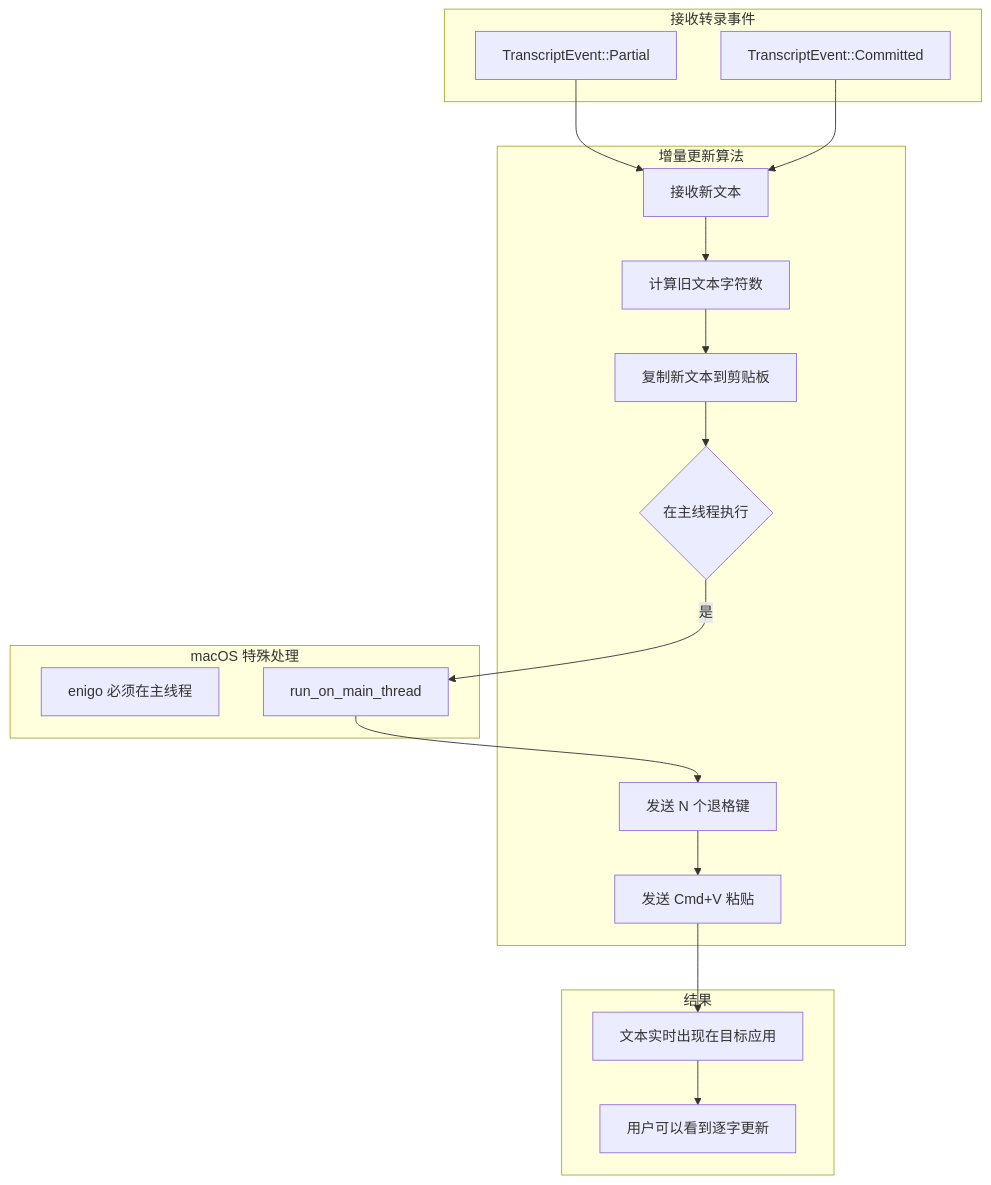
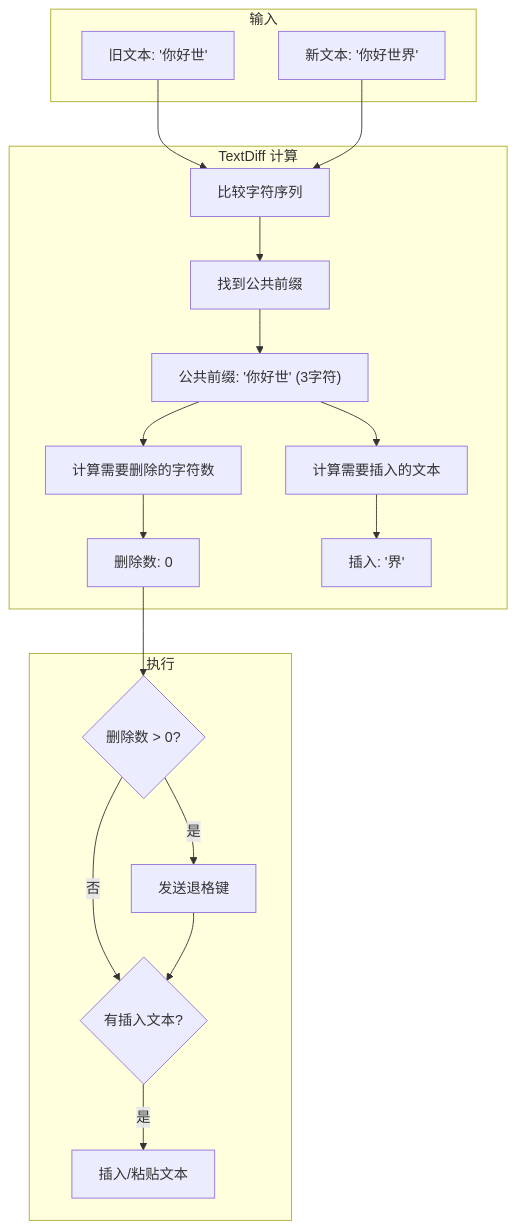
Before and after one commit to chenlehua/aicode: diagram 11 of 23 in specs/w3/0004-design.md, drawn with Mermaid. The commit also changed other lines of this file and 3 other files, not shown here.

````diff
--- a/specs/w3/0004-design.md
+++ b/specs/w3/0004-design.md
@@ -705,38 +727,34 @@
 ```mermaid
 flowchart TD
-    subgraph "接收转录事件"
-        E1[TranscriptEvent::Partial]
-        E2[TranscriptEvent::Committed]
+    subgraph "输入"
+        OLD["旧文本: '你好世'"]
+        NEW["新文本: '你好世界'"]
     end
 
-    subgraph "增量更新算法"
-        A[接收新文本]
-        B[计算旧文本字符数]
-        C[复制新文本到剪贴板]
-        D{在主线程执行}
-        E[发送 N 个退格键]
-        F[发送 Cmd+V 粘贴]
+    subgraph "TextDiff 计算"
+        A[比较字符序列]
+        B[找到公共前缀]
+        C["公共前缀: '你好世' (3字符)"]
+        D[计算需要删除的字符数]
+        E["删除数: 0"]
+        F[计算需要插入的文本]
+        G["插入: '界'"]
     end
 
-    subgraph "macOS 特殊处理"
-        G[enigo 必须在主线程]
-        H[run_on_main_thread]
+    subgraph "执行"
+        H{删除数 > 0?}
+        I[发送退格键]
+        J{有插入文本?}
+        K[插入/粘贴文本]
     end
 
-    E1 --> A
-    E2 --> A
-    A --> B
-    B --> C
-    C --> D
-    D -->|是| H
-    H --> E
-    E --> F
-
-    subgraph "结果"
-        R1[文本实时出现在目标应用]
-        R2[用户可以看到逐字更新]
-    end
-
-    F --> R1
-    R1 --> R2
+    OLD --> A
+    NEW --> A
+    A --> B --> C
+    C --> D --> E
+    C --> F --> G
+    E --> H
+    H -->|否| J
+    H -->|是| I --> J
+    J -->|是| K
 ```
````
